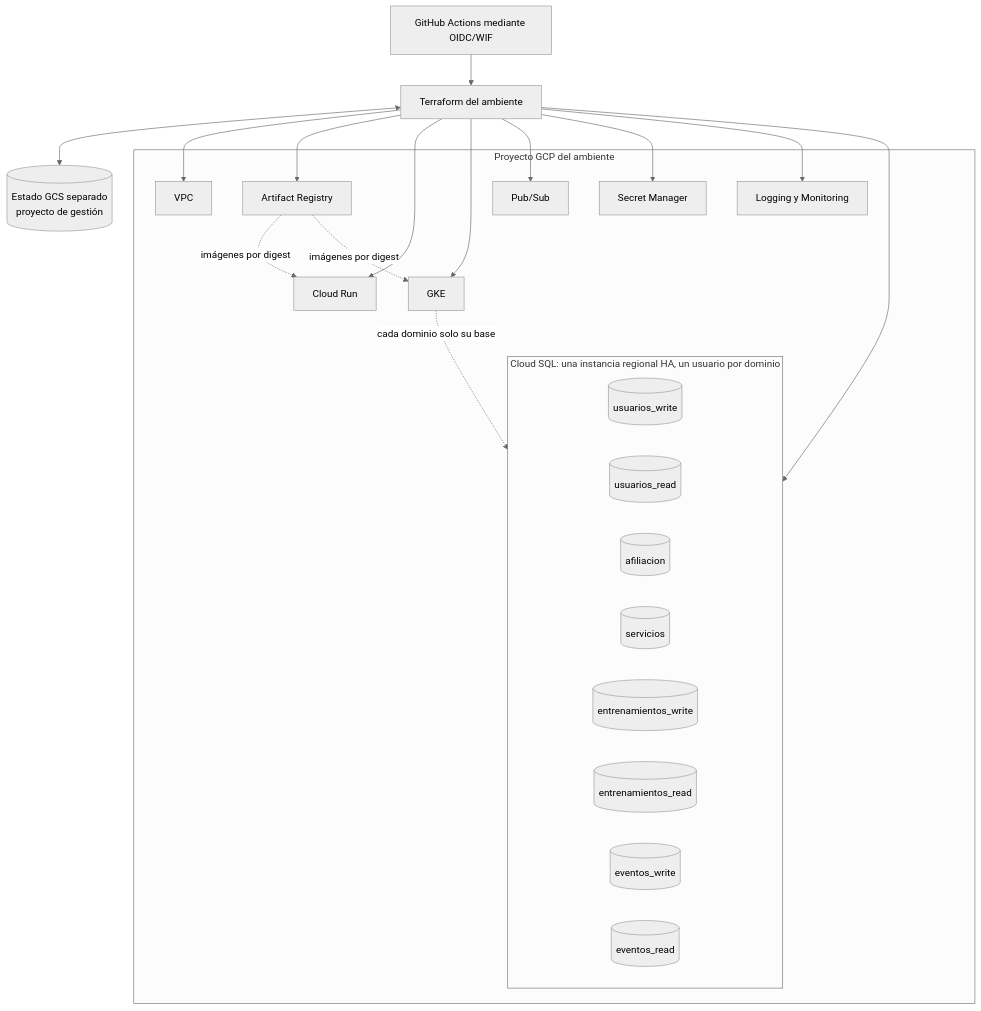
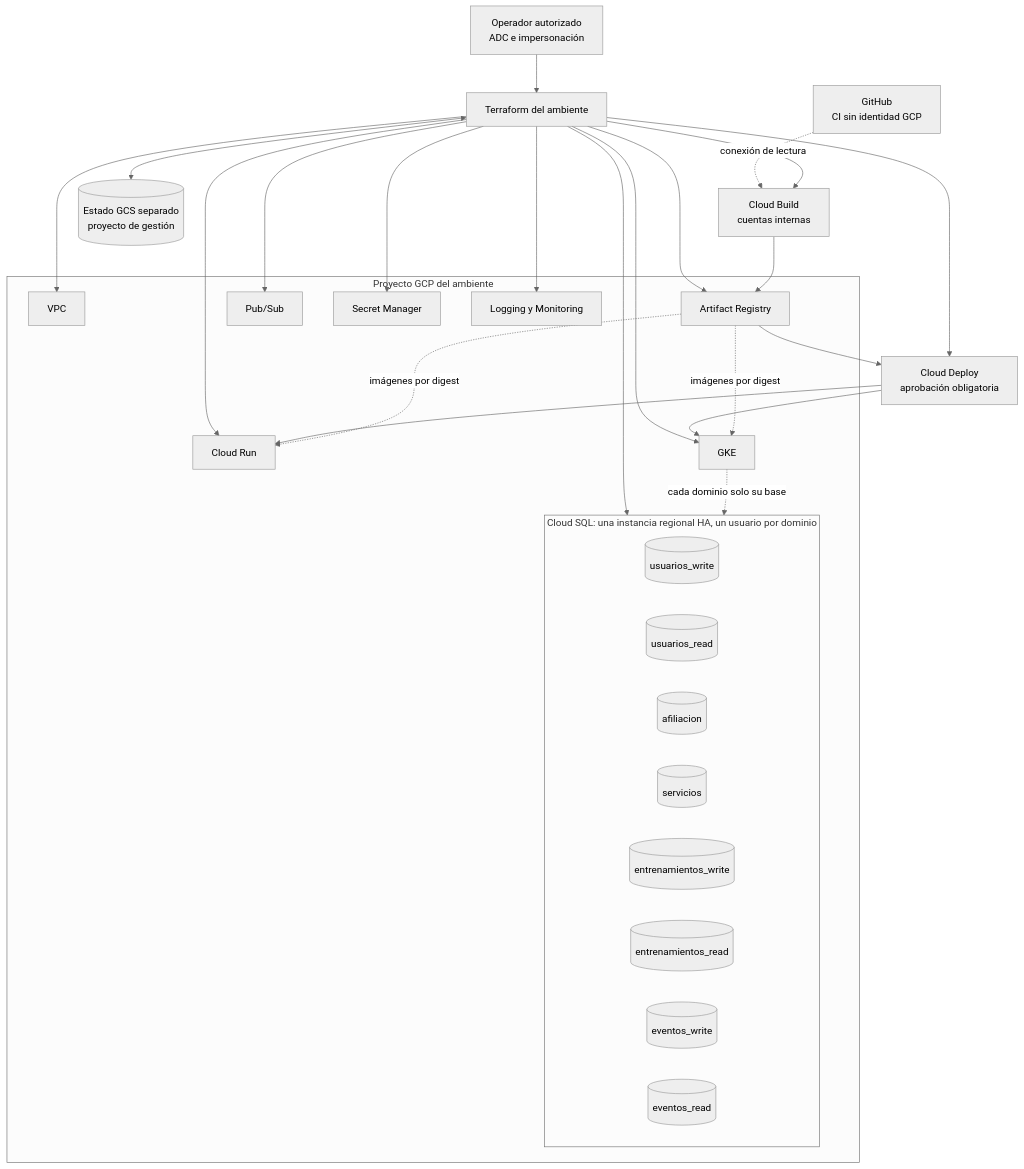
The third of 4 diagrams in docs/arquitectura-terraform.md (lfnavarroj1/sport-app-platform), drawn with Mermaid (neutral theme) before and after one commit. The commit also changed other lines of this file and 76 other files, not shown here.

````diff
--- a/docs/arquitectura-terraform.md
+++ b/docs/arquitectura-terraform.md
@@ -152,40 +156,50 @@
 ```mermaid
 flowchart TB
-    GH[GitHub Actions mediante OIDC/WIF]
+    GH[GitHub<br/>CI sin identidad GCP]
+    OP[Operador autorizado<br/>ADC e impersonación]
+    CB[Cloud Build<br/>cuentas internas]
+    CD[Cloud Deploy<br/>aprobación obligatoria]
     TF[Terraform del ambiente]
     STATE[(Estado GCS separado<br/>proyecto de gestión)]
 
     subgraph GCP[Proyecto GCP del ambiente]
       NET[VPC]
       AR[Artifact Registry]
       RUN[Cloud Run]
       GKE[GKE]
       subgraph SQL[Cloud SQL: una instancia regional HA, un usuario por dominio]
         uw[(usuarios_write)]
         ur[(usuarios_read)]
         af[(afiliacion)]
         sv[(servicios)]
         tw[(entrenamientos_write)]
         tr[(entrenamientos_read)]
         ew[(eventos_write)]
         er[(eventos_read)]
       end
       PS[Pub/Sub]
       SM[Secret Manager]
       OBS[Logging y Monitoring]
     end
 
-    GH --> TF
+    GH -. conexión de lectura .-> CB
+    OP --> TF
     TF <--> STATE
     TF --> NET
     TF --> AR
+    TF --> CB
+    TF --> CD
     TF --> RUN
     TF --> GKE
     TF --> SQL
     TF --> PS
     TF --> SM
     TF --> OBS
+    CB --> AR
+    AR --> CD
+    CD --> RUN
+    CD --> GKE
     AR -. imágenes por digest .-> RUN
     AR -. imágenes por digest .-> GKE
     GKE -. cada dominio solo su base .-> SQL
 ```
````
